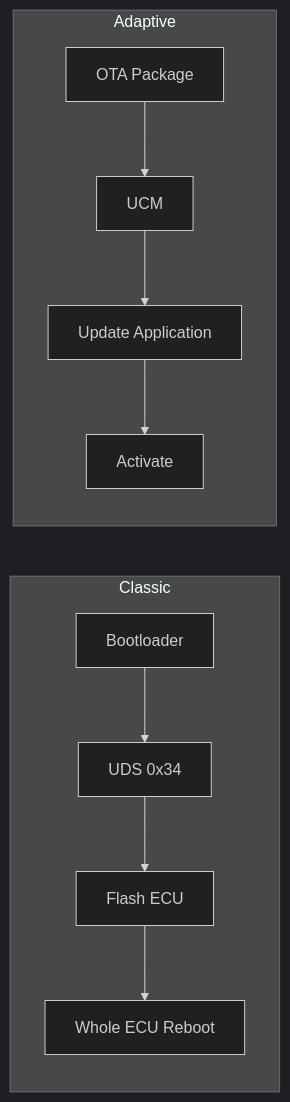
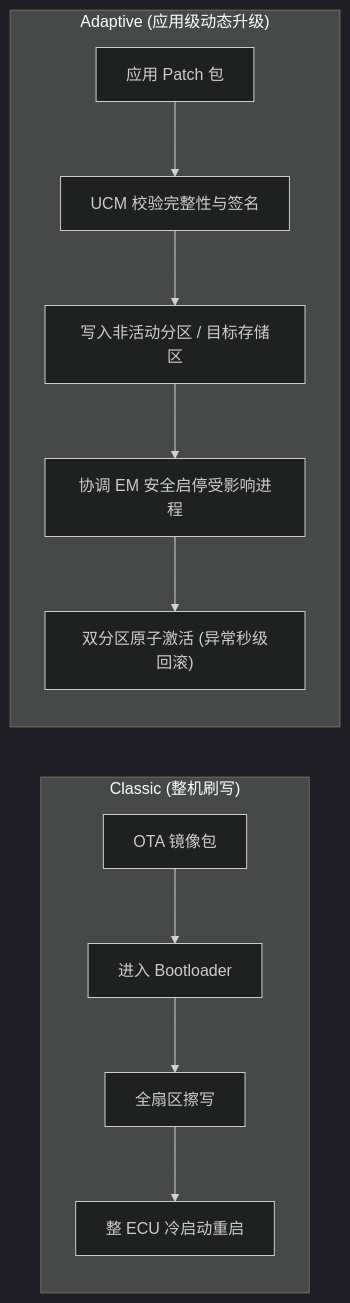
Before and after one commit to leehyon/garden: the fifth of 8 diagrams in content/autosar/autosar-adaptive.md, drawn with Mermaid (dark theme). The commit also changed other lines of this file, not shown here.

Commit message:
refactor: revise AUTOSAR Adaptive documentation

````diff
--- a/content/autosar/autosar-adaptive.md
+++ b/content/autosar/autosar-adaptive.md
@@ -426,21 +226,17 @@
 ```mermaid
 flowchart LR
+    subgraph CP_OTA["Classic (整机刷写)"]
+        direction TB
+        C1["OTA 镜像包"] --> C2["进入 Bootloader"]
+        C2 --> C3["全扇区擦写"]
+        C3 --> C4["整 ECU 冷启动重启"]
+    end
 
-subgraph Classic
-
-C1["Bootloader"]
---> C2["UDS 0x34"]
---> C3["Flash ECU"]
---> C4["Whole ECU Reboot"]
-
-end
-
-subgraph Adaptive
-
-A1["OTA Package"]
---> A2["UCM"]
---> A3["Update Application"]
---> A4["Activate"]
-
-end
+    subgraph AP_OTA["Adaptive (应用级动态升级)"]
+        direction TB
+        A1["应用 Patch 包"] --> A2["UCM 校验完整性与签名"]
+        A2 --> A3["写入非活动分区 / 目标存储区"]
+        A3 --> A4["协调 EM 安全启停受影响进程"]
+        A4 --> A5["双分区原子激活 (异常秒级回滚)"]
+    end
 ```
````
